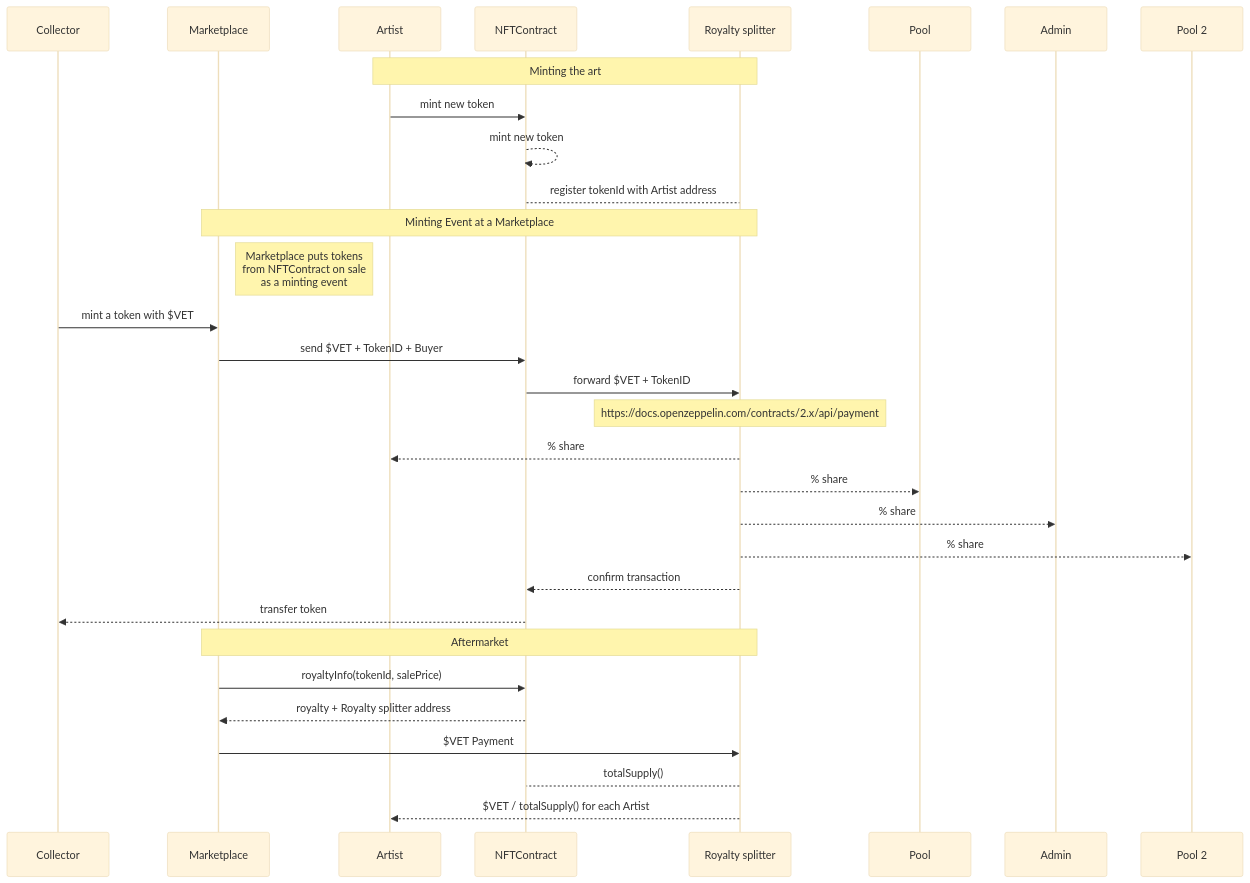
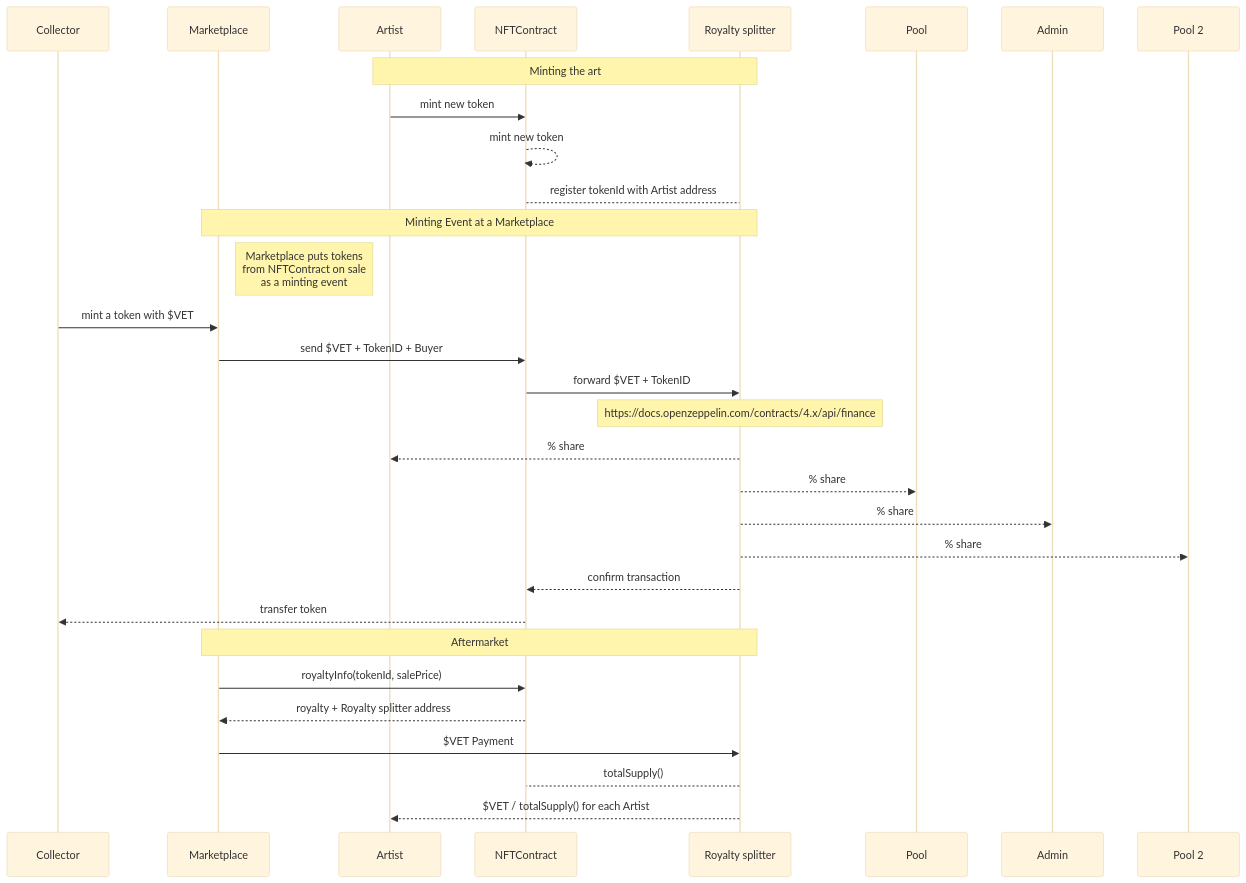
One commit to vechain-energy/poc-payment-splitter changed the diagram in README.md. Above: the diagram before and after it, drawn with Mermaid (base theme). The commit also changed other lines of this file, not shown here.

````diff
--- a/README.md
+++ b/README.md
@@ -36,38 +37,38 @@
 ```mermaid
 sequenceDiagram
     participant Collector
     participant Marketplace
     participant Artist
     participant NFTContract
     participant Royalty splitter
     participant Pool
     participant Admin
 
     
     note over Artist, Royalty splitter: Minting the art
     Artist->>NFTContract: mint new token
     NFTContract-->>NFTContract: mint new token
     NFTContract-->Royalty splitter: register tokenId with Artist address
 
     note over Marketplace, Royalty splitter: Minting Event at a Marketplace
     note right of Marketplace: Marketplace puts tokens<br/>from NFTContract on sale<br/>as a minting event
     Collector->>Marketplace: mint a token with $VET
     Marketplace->>NFTContract: send $VET + TokenID + Buyer
     NFTContract->>Royalty splitter: forward $VET + TokenID
 
-    note over Royalty splitter: https://docs.openzeppelin.com/contracts/2.x/api/payment#PullPayment
+    note over Royalty splitter: https://docs.openzeppelin.com/contracts/4.x/api/finance
     Royalty splitter-->>Artist: % share
     Royalty splitter-->>Pool: % share
     Royalty splitter-->>Admin: % share
     Royalty splitter-->>Pool 2: % share
     Royalty splitter-->>NFTContract: confirm transaction
 
     NFTContract-->>Collector: transfer token
 
     note over Marketplace, Royalty splitter: Aftermarket
     Marketplace->>NFTContract: royaltyInfo(tokenId, salePrice)
     NFTContract-->>Marketplace: royalty + Royalty splitter address
     Marketplace->>Royalty splitter: $VET Payment
     Royalty splitter-->NFTContract: totalSupply()
     Royalty splitter-->>Artist: $VET / totalSupply() for each Artist
 ```
````
